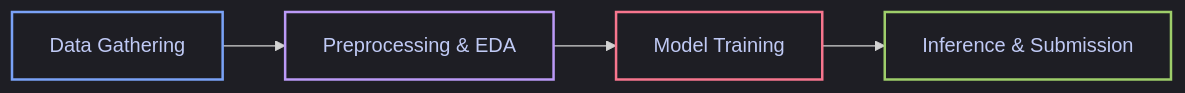
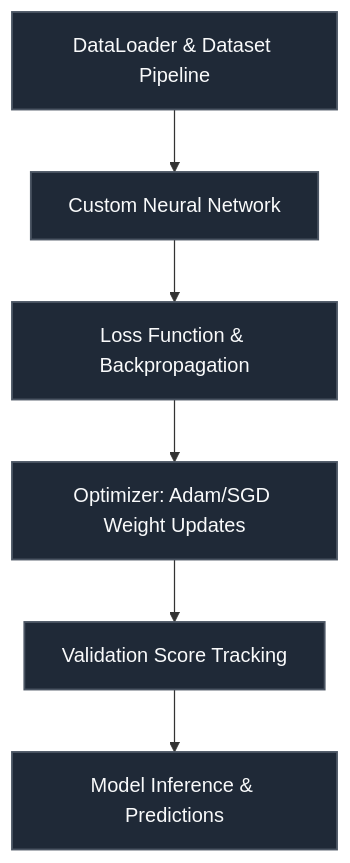
The diagram in README.md (RAFIRE-ESSE/CAFA-6-Protein-Function-Prediction), drawn with Mermaid before and after one commit. The commit also changed other lines of this file, not shown here.

````diff
--- a/README.md
+++ b/README.md
@@ -19,11 +29,14 @@
 ```mermaid
-%%{init: {'theme': 'dark', 'themeVariables': { 'background': '#0f0f12', 'primaryColor': '#1a1b26', 'edgeLabelBackground':'#11111b', 'tertiaryColor': '#1a1b26'}}}%%
-flowchart LR
-    A[Data Gathering] --> B[Preprocessing & EDA]
-    B --> C[Model Training]
-    C --> D[Inference & Submission]
-    style A fill:#1e1e24,stroke:#7aa2f7,stroke-width:2px,color:#c0caf5
-    style B fill:#1e1e24,stroke:#bb9af7,stroke-width:2px,color:#c0caf5
-    style C fill:#1e1e24,stroke:#f7768e,stroke-width:2px,color:#c0caf5
-    style D fill:#1e1e24,stroke:#9ece6a,stroke-width:2px,color:#c0caf5
+flowchart TD
+    DataLoader[DataLoader & Dataset Pipeline] --> Network[Custom Neural Network]
+    Network --> Loss[Loss Function & Backpropagation]
+    Loss --> Optimization[Optimizer: Adam/SGD Weight Updates]
+    Optimization --> Validation[Validation Score Tracking]
+    Validation --> Inf[Model Inference & Predictions]
+    style DataLoader fill:#1f2937,stroke:#4b5563,stroke-width:1.5px,color:#f9fafb
+    style Network fill:#1f2937,stroke:#4b5563,stroke-width:1.5px,color:#f9fafb
+    style Loss fill:#1f2937,stroke:#4b5563,stroke-width:1.5px,color:#f9fafb
+    style Optimization fill:#1f2937,stroke:#4b5563,stroke-width:1.5px,color:#f9fafb
+    style Validation fill:#1f2937,stroke:#4b5563,stroke-width:1.5px,color:#f9fafb
+    style Inf fill:#1f2937,stroke:#4b5563,stroke-width:1.5px,color:#f9fafb
 ```
````
